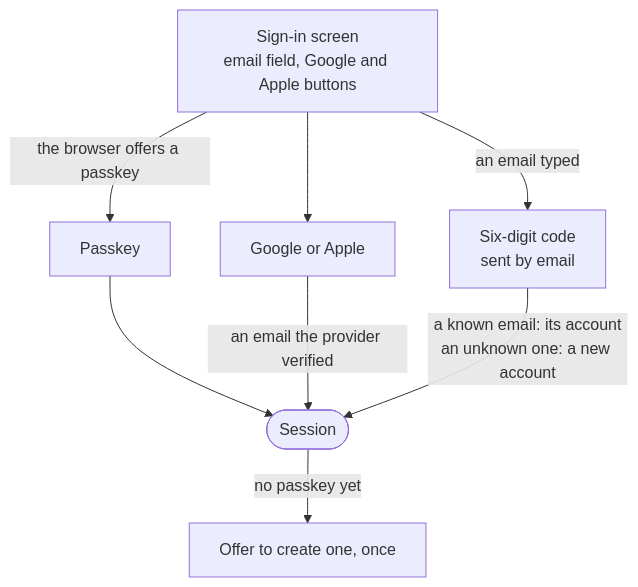
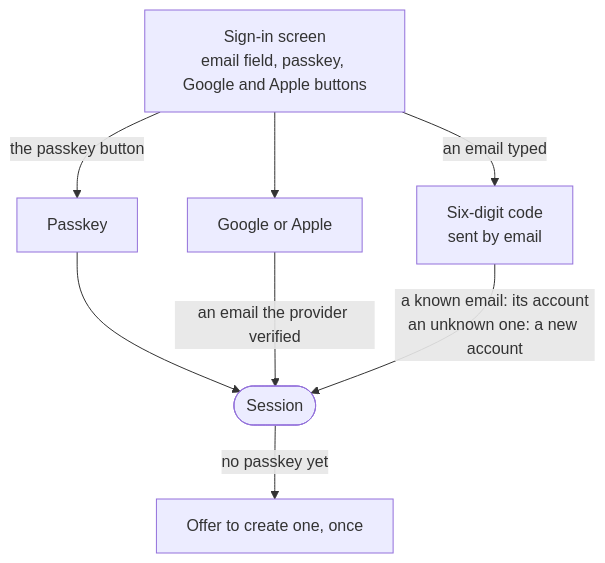
Before and after one commit to mboisnard/drinkit: the diagram in docs/content/en/2.decisions/011-sign-in-without-a-password.md, drawn with Mermaid. The commit also changed other lines of this file and 4 other files, not shown here.

First line of the commit message:
[DOCUMENTATION] Start the passkey sign-in from a button, in ADR 011 and the security pages (#742)

````diff
--- a/docs/content/en/2.decisions/011-sign-in-without-a-password.md
+++ b/docs/content/en/2.decisions/011-sign-in-without-a-password.md
@@ -34,11 +34,11 @@
 ```mermaid
 flowchart TB
-  screen["Sign-in screen<br/>email field, Google and Apple buttons"]
-  screen -- "the browser offers a passkey" --> passkey[Passkey]
+  screen["Sign-in screen<br/>email field, passkey, Google and Apple buttons"]
+  screen -- "the passkey button" --> passkey[Passkey]
   screen --> provider[Google or Apple]
   screen -- "an email typed" --> code["Six-digit code<br/>sent by email"]
   passkey --> session([Session])
   provider -- "an email the provider verified" --> session
   code -- "a known email: its account<br/>an unknown one: a new account" --> session
   session -- "no passkey yet" --> offer["Offer to create one, once"]
 ```
````
